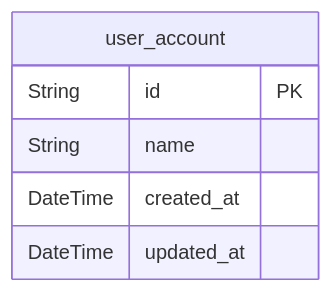
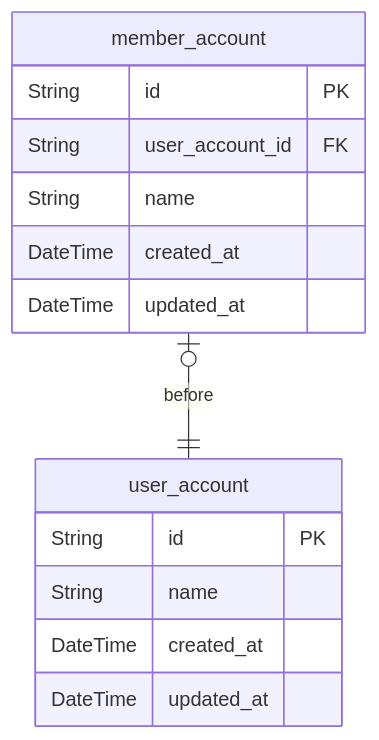
Before and after one commit to Mailly-Project/Mailly-BE: the diagram in docs/ERD.md, drawn with Mermaid. The commit also changed other lines of this file and 1 other file, not shown here.

Commit message:
feat: member account

````diff
--- a/docs/ERD.md
+++ b/docs/ERD.md
@@ -7,9 +7,17 @@
 ```mermaid
 erDiagram
 "user_account" {
   String id PK
   String name
   DateTime created_at
   DateTime updated_at
 }
+"member_account" {
+  String id PK
+  String user_account_id FK
+  String name
+  DateTime created_at
+  DateTime updated_at
+}
+"member_account" |o--|| "user_account" : before
 ```
````
